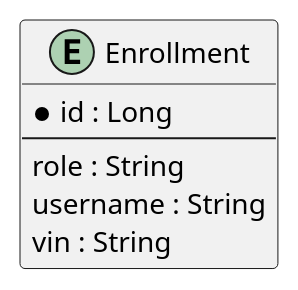
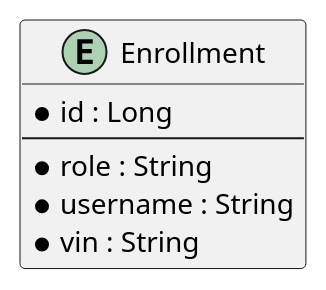
The fourth of 4 diagrams in enrollment/documentation/detaileddesign.adoc (Dinesh-s95/AutoDoc.ai), drawn with PlantUML before and after one commit. The commit also changed other lines of this file and 4 other files, not shown here.

```diff
--- a/enrollment/documentation/detaileddesign.adoc
+++ b/enrollment/documentation/detaileddesign.adoc
@@ -243,13 +239,12 @@
 [plantuml, entity-relationship-diagram, png]
 ----
 @startuml
 entity "Enrollment" {
-    *id : Long
-    ---
-    role : String
-    username : String
-    vin : String
+    * id : Long
+    --
+    * role : String
+    * username : String
+    * vin : String
 }
-
 @enduml
 ----
```
